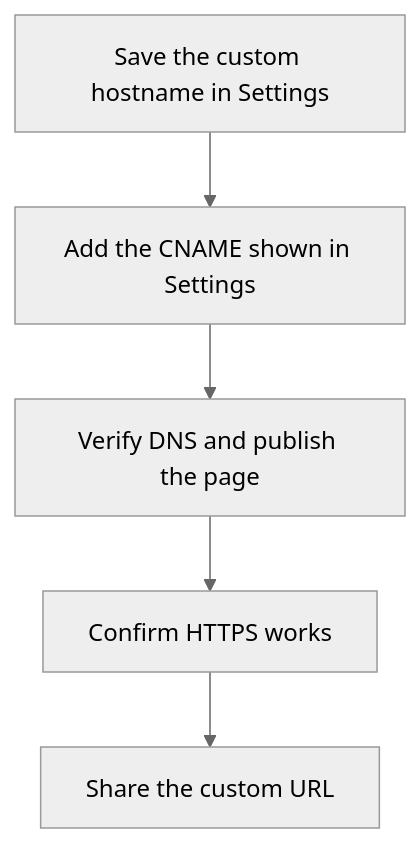
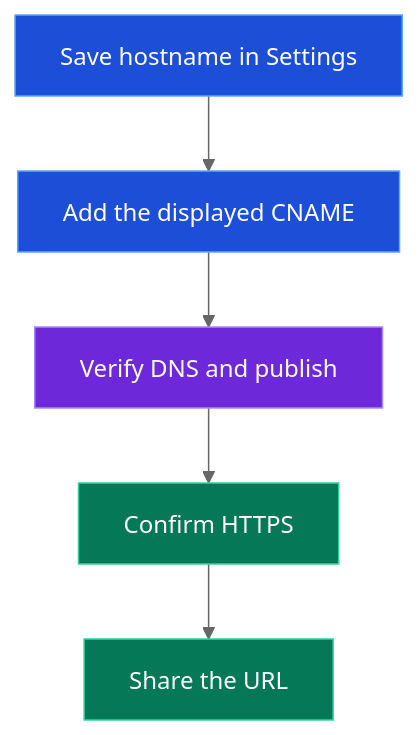
One commit to supercheck-io/supercheck changed the third of 3 diagrams in docs/content/docs/app/communicate/status-pages.mdx. Above: the diagram before and after it, drawn with Mermaid (neutral theme). The commit also changed other lines of this file and 34 other files, not shown here.

Commit message:
docs: restore architecture and polish user workflows (#337)

````diff
--- a/docs/content/docs/app/communicate/status-pages.mdx
+++ b/docs/content/docs/app/communicate/status-pages.mdx
@@ -399,7 +403,14 @@
 ```mermaid
 flowchart TB
-    Domain[Save the custom hostname in Settings] --> DNS[Add the CNAME shown in Settings]
-    DNS --> Verify[Verify DNS and publish the page]
-    Verify --> HTTPS[Confirm HTTPS works]
-    HTTPS --> Share[Share the custom URL]
+    Domain[Save hostname in Settings] --> DNS[Add the displayed CNAME]
+    DNS --> Verify[Verify DNS and publish]
+    Verify --> HTTPS[Confirm HTTPS]
+    HTTPS --> Share[Share the URL]
+
+    classDef action fill:#1d4ed8,stroke:#60a5fa,color:#fff
+    classDef choice fill:#6d28d9,stroke:#a78bfa,color:#fff
+    classDef success fill:#047857,stroke:#34d399,color:#fff
+    class Domain,DNS action
+    class Verify choice
+    class HTTPS,Share success
 ```
````
